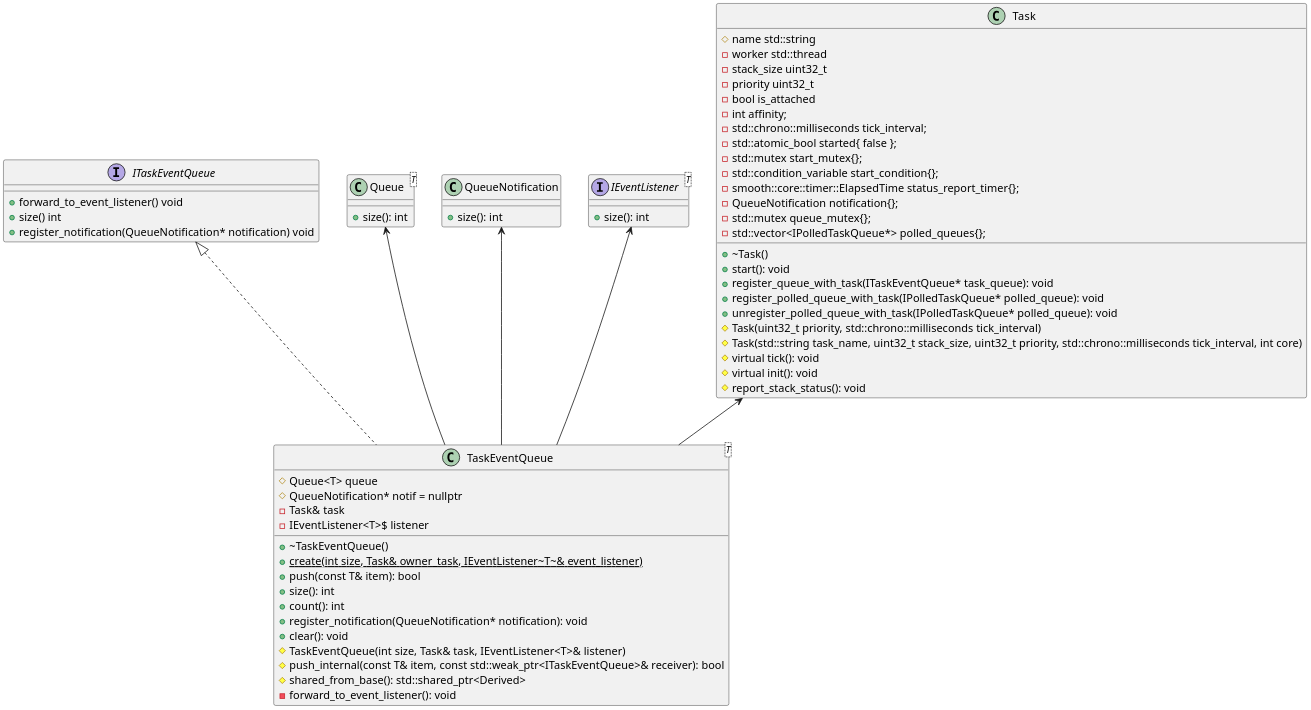
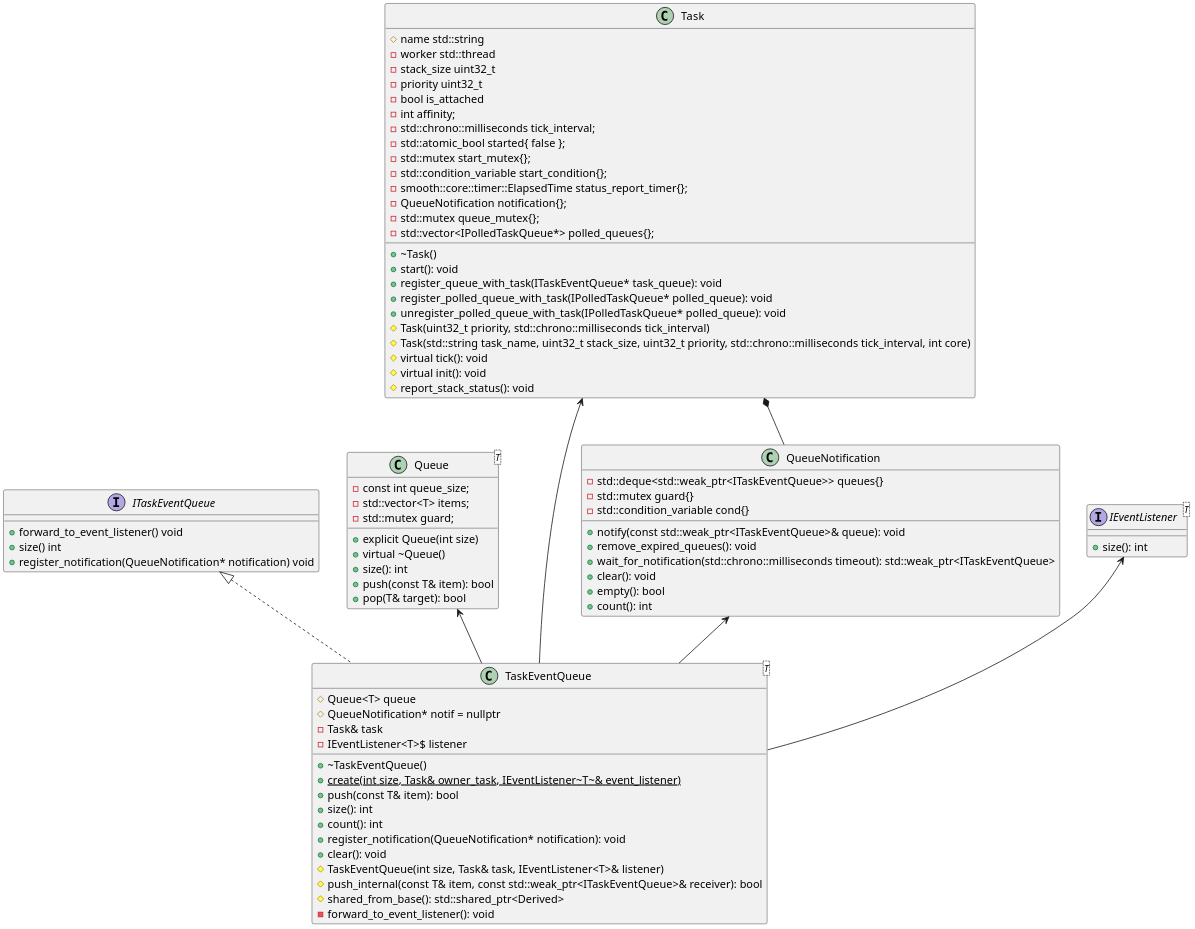
One commit to jtpadilla/esp-idf-sc changed the diagram in components/smooth/diagrams/src/ipc.plantuml. Above: the diagram before and after it, drawn with PlantUML. The commit also changed 4 other files, not shown here.

```diff
--- a/components/smooth/diagrams/src/ipc.plantuml
+++ b/components/smooth/diagrams/src/ipc.plantuml
@@ -1,76 +1,92 @@
 @startuml ipc
 
 scale 2
 
 
 interface ITaskEventQueue {
     +forward_to_event_listener() void
     +size() int
     +register_notification(QueueNotification* notification) void
 }
 
 class TaskEventQueue<T> {
     #Queue<T> queue
     #QueueNotification* notif = nullptr
     -Task& task
     -IEventListener<T>$ listener
     +~TaskEventQueue()
     {static} +create(int size, Task& owner_task, IEventListener~T~& event_listener)
     +push(const T& item): bool
     +size(): int
     +count(): int
     +register_notification(QueueNotification* notification): void
     +clear(): void
     #TaskEventQueue(int size, Task& task, IEventListener<T>& listener)
     #push_internal(const T& item, const std::weak_ptr<ITaskEventQueue>& receiver): bool
     #shared_from_base(): std::shared_ptr<Derived>
     -forward_to_event_listener(): void
 }
 
 class Queue<T> {
+    -const int queue_size;
+    -std::vector<T> items;
+    -std::mutex guard;
+    +explicit Queue(int size)
+    +virtual ~Queue()
     +size(): int
+    +push(const T& item): bool
+    +pop(T& target): bool
 }
 
 class QueueNotification {
-    +size(): int
+    -std::deque<std::weak_ptr<ITaskEventQueue>> queues{}
+    -std::mutex guard{}
+    -std::condition_variable cond{}
+    +notify(const std::weak_ptr<ITaskEventQueue>& queue): void
+    +remove_expired_queues(): void
+    +wait_for_notification(std::chrono::milliseconds timeout): std::weak_ptr<ITaskEventQueue>
+    +clear(): void
+    +empty(): bool
+    +count(): int
 }
 
 interface IEventListener<T> {
     +size(): int
 }
 
 class Task {
     +~Task()
     +start(): void
     +register_queue_with_task(ITaskEventQueue* task_queue): void
     +register_polled_queue_with_task(IPolledTaskQueue* polled_queue): void
     +unregister_polled_queue_with_task(IPolledTaskQueue* polled_queue): void
     #name std::string
     #Task(uint32_t priority, std::chrono::milliseconds tick_interval)
     #Task(std::string task_name, uint32_t stack_size, uint32_t priority, std::chrono::milliseconds tick_interval, int core)
     #virtual tick(): void
     #virtual init(): void
     #report_stack_status(): void
     -worker std::thread
     -stack_size uint32_t
     -priority uint32_t
     -bool is_attached
     -int affinity;
     -std::chrono::milliseconds tick_interval;
     -std::atomic_bool started{ false };
     -std::mutex start_mutex{};
     -std::condition_variable start_condition{};
     -smooth::core::timer::ElapsedTime status_report_timer{};
     -QueueNotification notification{};
     -std::mutex queue_mutex{};
     -std::vector<IPolledTaskQueue*> polled_queues{};
 }
 
 class TaskEventQueue implements ITaskEventQueue
+Task *-- QueueNotification
 Task <-- TaskEventQueue
 IEventListener <-- TaskEventQueue
 
 Queue <-- TaskEventQueue
 QueueNotification <-- TaskEventQueue
 
 @enduml
```
